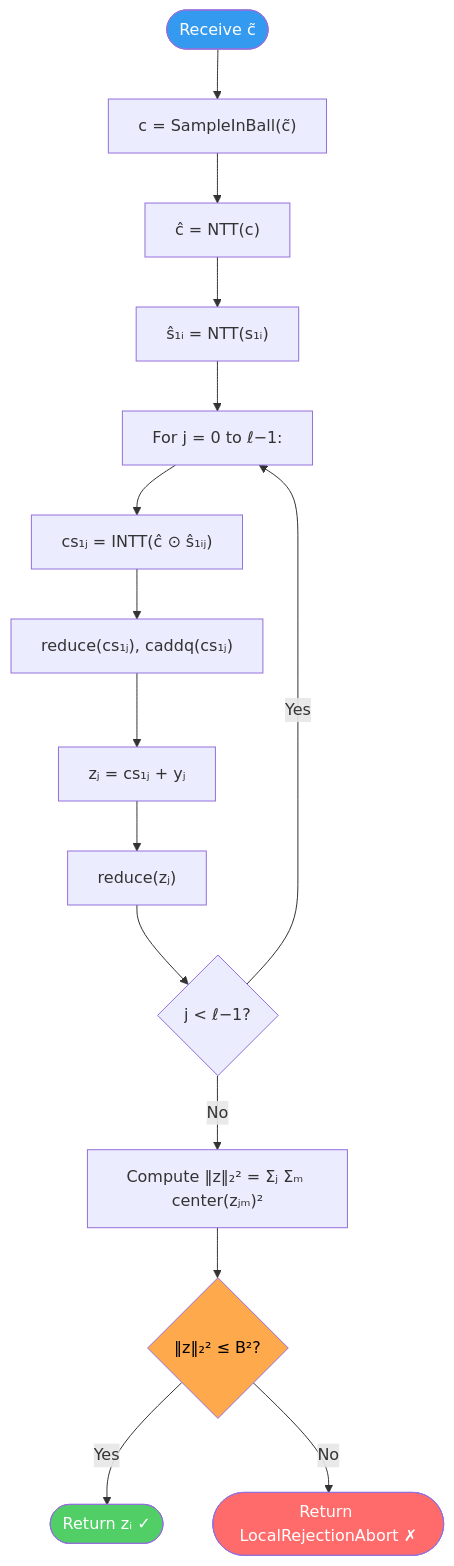
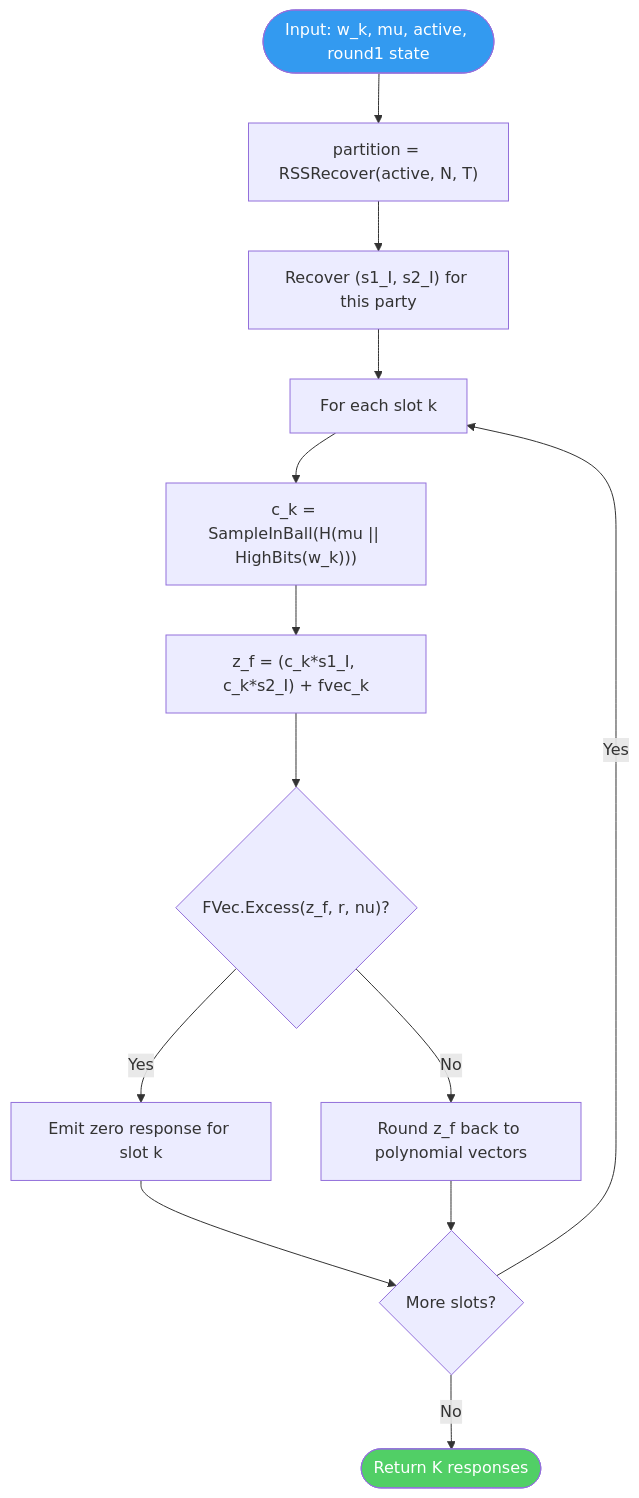
Before and after one commit to lattice-safe/threshold-ml-dsa: the seventh of 8 diagrams in PROTOCOL.md, drawn with Mermaid. The commit also changed other lines of this file and 2 other files, not shown here.

Commit message:
docs: align README/SDK/PROTOCOL with v0.3 signing flow

````diff
--- a/PROTOCOL.md
+++ b/PROTOCOL.md
@@ -750,25 +693,18 @@
 ```mermaid
 flowchart TD
-    START([Receive c̃]) --> DECODE["c = SampleInBall(c̃)"]
-    DECODE --> NTT_C["ĉ = NTT(c)"]
-    NTT_C --> NTT_S["ŝ₁ᵢ = NTT(s₁ᵢ)"]
-
-    NTT_S --> LOOP["For j = 0 to ℓ−1:"]
-    LOOP --> PW["cs₁ⱼ = INTT(ĉ ⊙ ŝ₁ᵢⱼ)"]
-    PW --> RED1["reduce(cs₁ⱼ), caddq(cs₁ⱼ)"]
-    RED1 --> ADD["zⱼ = cs₁ⱼ + yⱼ"]
-    ADD --> RED2["reduce(zⱼ)"]
-    RED2 --> NEXT{j < ℓ−1?}
+    START([Input: w_k, mu, active, round1 state]) --> PART["partition = RSSRecover(active, N, T)"]
+    PART --> REC["Recover (s1_I, s2_I) for this party"]
+    REC --> LOOP["For each slot k"]
+    LOOP --> CHAL["c_k = SampleInBall(H(mu || HighBits(w_k)))"]
+    CHAL --> RESP["z_f = (c_k*s1_I, c_k*s2_I) + fvec_k"]
+    RESP --> EXC{"FVec.Excess(z_f, r, nu)?"}
+    EXC -->|Yes| ZERO["Emit zero response for slot k"]
+    EXC -->|No| ROUND["Round z_f back to polynomial vectors"]
+    ZERO --> NEXT{More slots?}
+    ROUND --> NEXT
     NEXT -->|Yes| LOOP
-    NEXT -->|No| NORM
-
-    NORM["Compute ‖z‖₂² = Σⱼ Σₘ center(zⱼₘ)²"]
-    NORM --> CHECK{"‖z‖₂² ≤ B²?"}
-    CHECK -->|Yes| ACCEPT(["Return zᵢ ✓"])
-    CHECK -->|No| REJECT(["Return LocalRejectionAbort ✗"])
+    NEXT -->|No| OUT([Return K responses])
 
     style START fill:#339af0,color:#fff
-    style ACCEPT fill:#51cf66,color:#fff
-    style REJECT fill:#ff6b6b,color:#fff
-    style CHECK fill:#ffa94d,color:#000
+    style OUT fill:#51cf66,color:#fff
 ```
````
